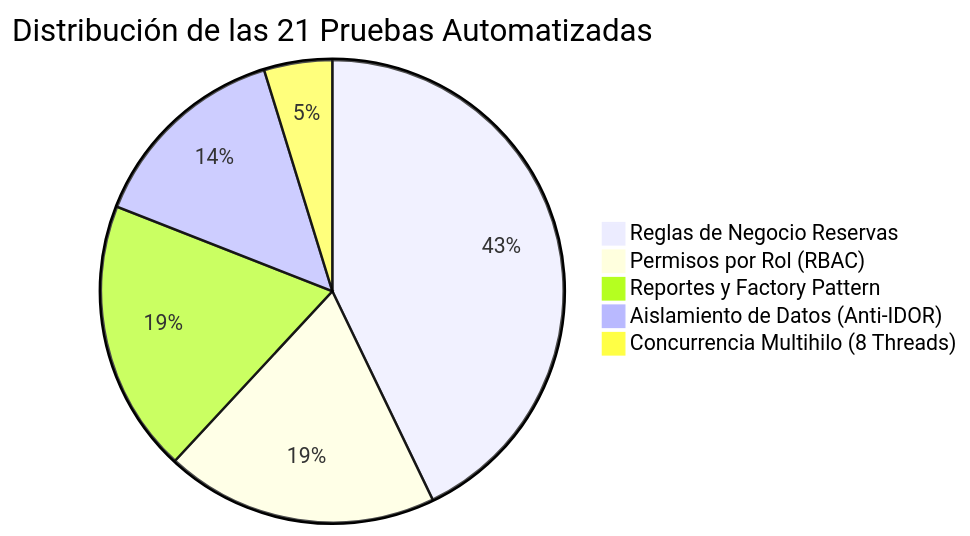
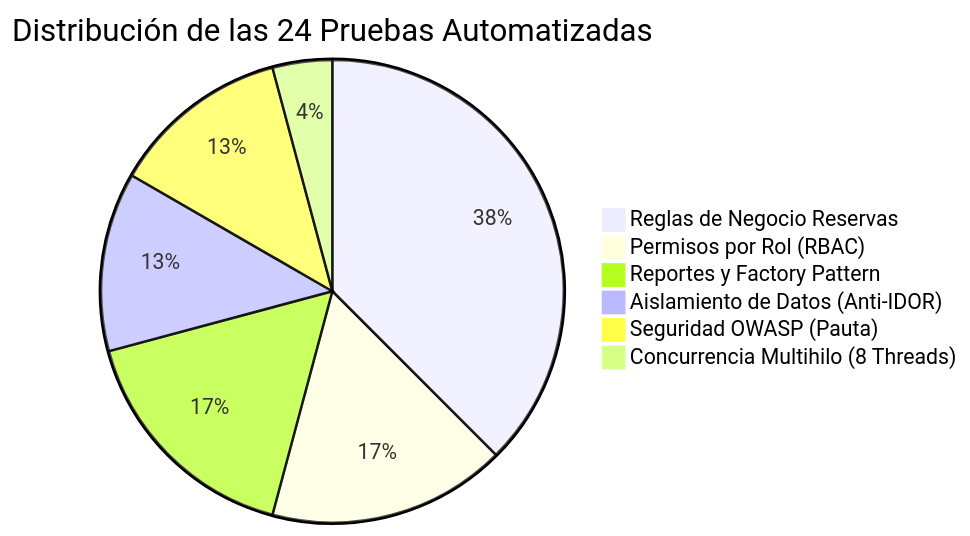
Before and after one commit to BENNYBENJA/gestion-eventos: the fifth of 5 diagrams in docs/INFORME_ACADEMICO_INACAP.md, drawn with Mermaid. The commit also changed other lines of this file and 14 other files, not shown here.

Commit message:
feat(pauta): implementar mejoras de accesibilidad universal llamadas en desarrollo y procesos de seguridad owasp

````diff
--- a/docs/INFORME_ACADEMICO_INACAP.md
+++ b/docs/INFORME_ACADEMICO_INACAP.md
@@ -330,8 +309,9 @@
 ```mermaid
-pie title Distribución de las 21 Pruebas Automatizadas
+pie title Distribución de las 24 Pruebas Automatizadas
     "Reglas de Negocio Reservas" : 9
     "Permisos por Rol (RBAC)" : 4
     "Reportes y Factory Pattern" : 4
     "Aislamiento de Datos (Anti-IDOR)" : 3
+    "Seguridad OWASP (Pauta)" : 3
     "Concurrencia Multihilo (8 Threads)" : 1
 ```
````
